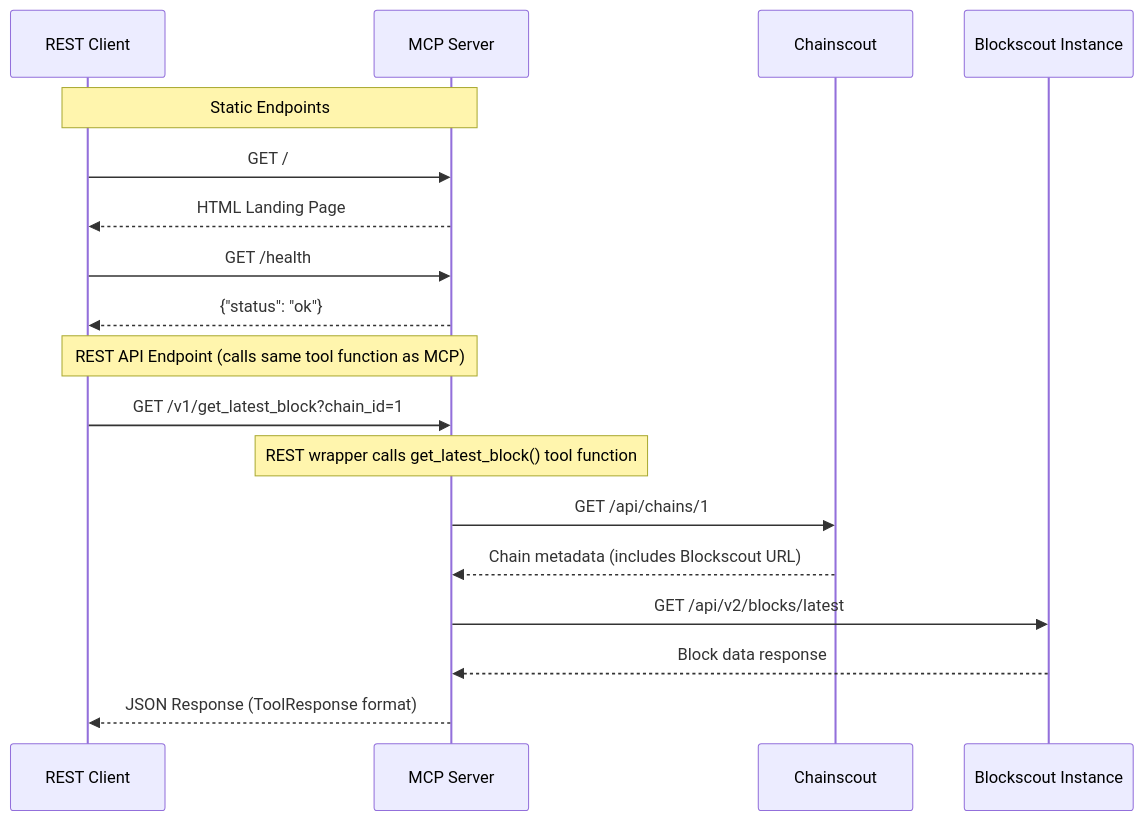
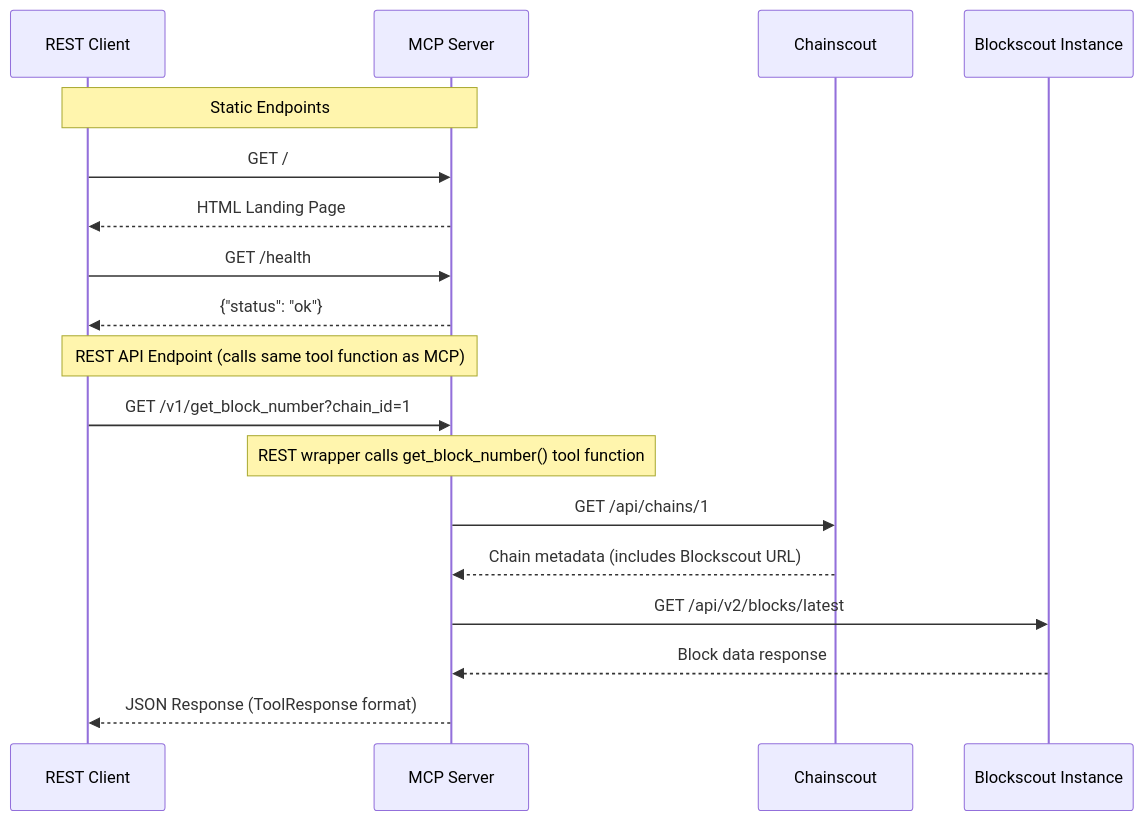
The second of 3 diagrams in SPEC.md (blockscout/mcp-server), drawn with Mermaid before and after one commit. The commit also changed other lines of this file and 28 other files, not shown here.

Commit message:
Refactor get_latest_block into get_block_number (#263)

````diff
--- a/SPEC.md
+++ b/SPEC.md
@@ -81,23 +81,23 @@
 ```mermaid
 sequenceDiagram
     participant REST as REST Client
     participant MCP as MCP Server
     participant CS as Chainscout
     participant BS as Blockscout Instance
 
     Note over REST, MCP: Static Endpoints
     REST->>MCP: GET /
     MCP-->>REST: HTML Landing Page
 
     REST->>MCP: GET /health
     MCP-->>REST: {"status": "ok"}
 
     Note over REST, MCP: REST API Endpoint (calls same tool function as MCP)
-    REST->>MCP: GET /v1/get_latest_block?chain_id=1
-    Note over MCP: REST wrapper calls get_latest_block() tool function
+    REST->>MCP: GET /v1/get_block_number?chain_id=1
+    Note over MCP: REST wrapper calls get_block_number() tool function
     MCP->>CS: GET /api/chains/1
     CS-->>MCP: Chain metadata (includes Blockscout URL)
     MCP->>BS: GET /api/v2/blocks/latest
     BS-->>MCP: Block data response
     MCP-->>REST: JSON Response (ToolResponse format)
 ```
````
